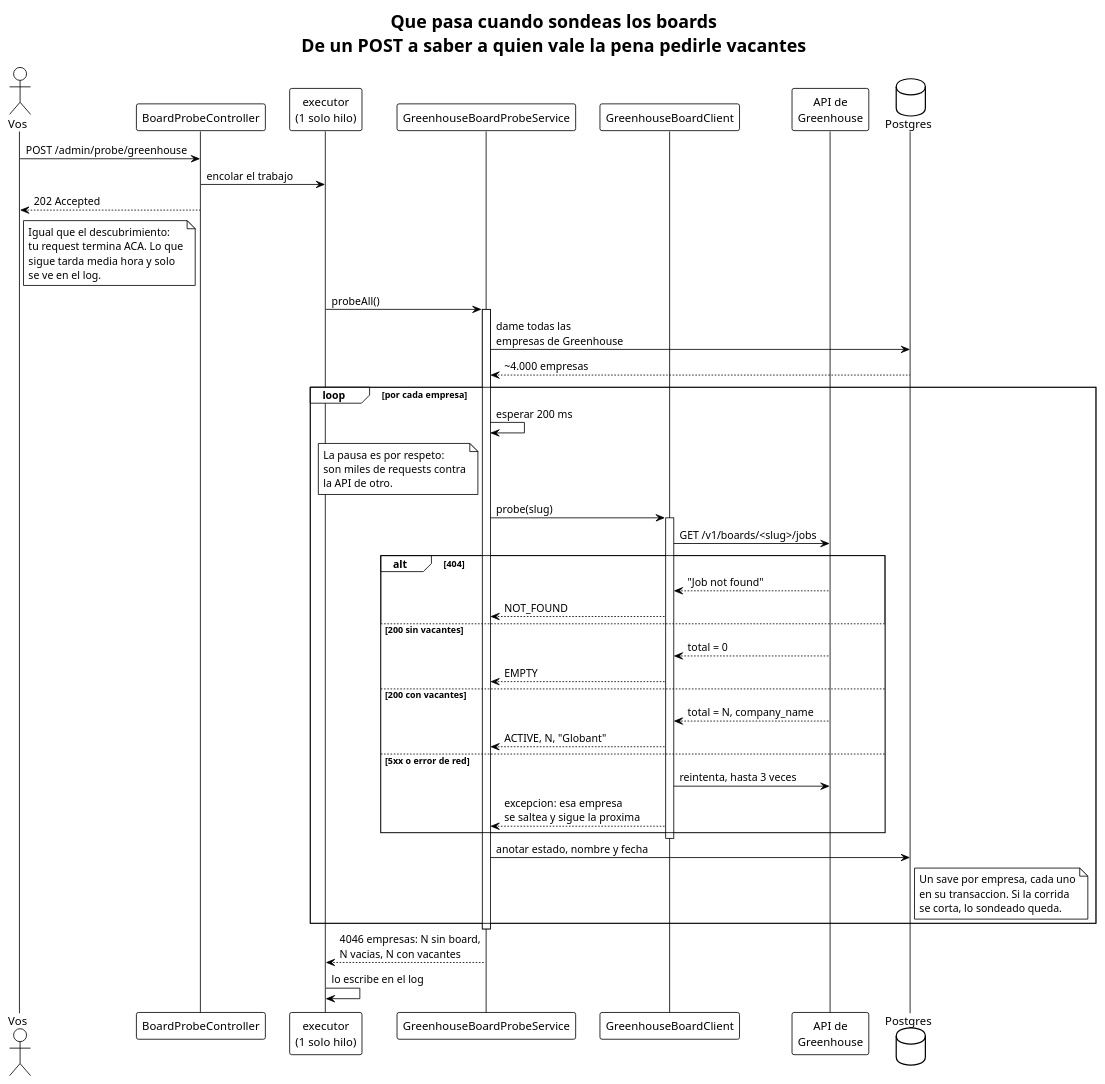
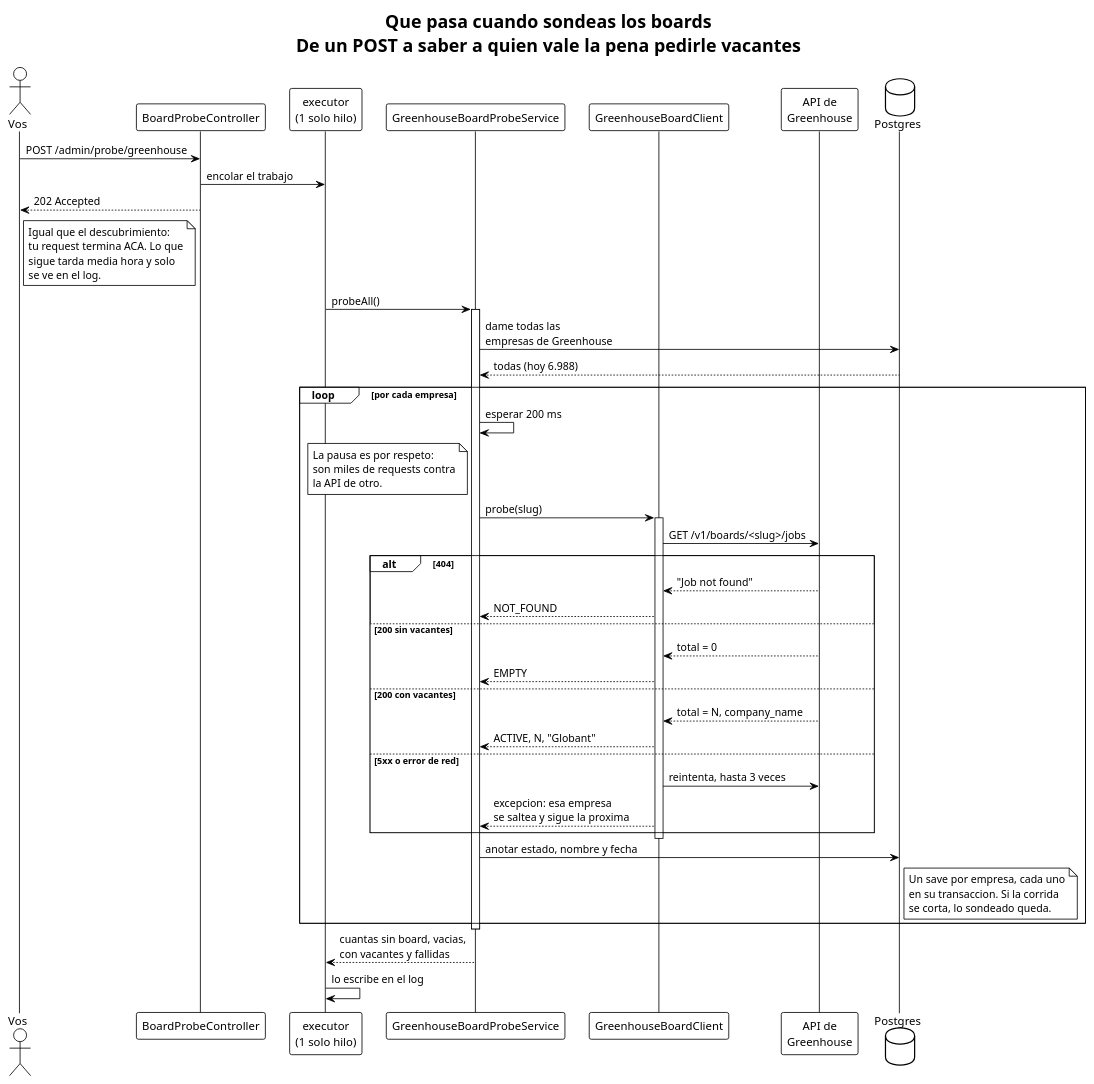
One commit to EliasNAires/oneprofile changed the diagram in docs/para-humanos/diagramas/flujo-sondeo.puml. Above: the diagram before and after it, drawn with PlantUML. The commit also changed 20 other files, not shown here.

```diff
--- a/docs/para-humanos/diagramas/flujo-sondeo.puml
+++ b/docs/para-humanos/diagramas/flujo-sondeo.puml
@@ -1,70 +1,70 @@
 @startuml flujo-sondeo
 !theme plain
 title Que pasa cuando sondeas los boards\nDe un POST a saber a quien vale la pena pedirle vacantes
 
 skinparam shadowing false
 skinparam responseMessageBelowArrow true
 
 actor Vos as you
 participant "BoardProbeController" as ctrl
 participant "executor\n(1 solo hilo)" as exec
 participant "GreenhouseBoardProbeService" as svc
 participant "GreenhouseBoardClient" as client
 participant "API de\nGreenhouse" as gh
 database "Postgres" as db
 
 you -> ctrl : POST /admin/probe/greenhouse
 ctrl -> exec : encolar el trabajo
 ctrl --> you : 202 Accepted
 note right of you
   Igual que el descubrimiento:
   tu request termina ACA. Lo que
   sigue tarda media hora y solo
   se ve en el log.
 end note
 
 exec -> svc : probeAll()
 activate svc
 svc -> db : dame todas las\nempresas de Greenhouse
-db --> svc : ~4.000 empresas
+db --> svc : todas (hoy 6.988)
 
 loop por cada empresa
   svc -> svc : esperar 200 ms
   note left of svc
     La pausa es por respeto:
     son miles de requests contra
     la API de otro.
   end note
 
   svc -> client : probe(slug)
   activate client
   client -> gh : GET /v1/boards/<slug>/jobs
 
   alt 404
     gh --> client : "Job not found"
     client --> svc : NOT_FOUND
   else 200 sin vacantes
     gh --> client : total = 0
     client --> svc : EMPTY
   else 200 con vacantes
     gh --> client : total = N, company_name
     client --> svc : ACTIVE, N, "Globant"
   else 5xx o error de red
     client -> gh : reintenta, hasta 3 veces
     client --> svc : excepcion: esa empresa\nse saltea y sigue la proxima
   end
   deactivate client
 
   svc -> db : anotar estado, nombre y fecha
   note right of db
     Un save por empresa, cada uno
     en su transaccion. Si la corrida
     se corta, lo sondeado queda.
   end note
 end
 
 deactivate svc
-svc --> exec : 4046 empresas: N sin board,\nN vacias, N con vacantes
+svc --> exec : cuantas sin board, vacias,\ncon vacantes y fallidas
 exec -> exec : lo escribe en el log
 
 @enduml
```
